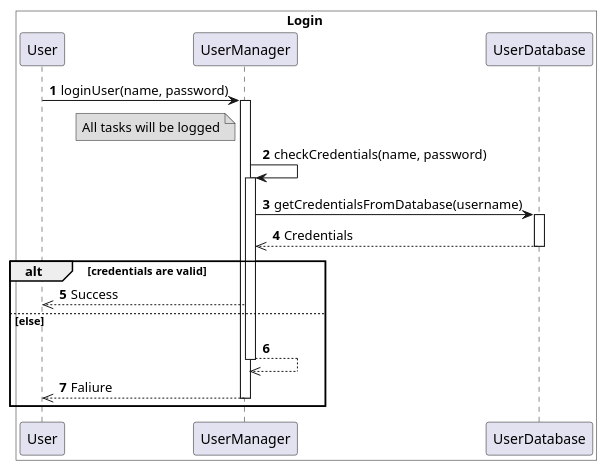
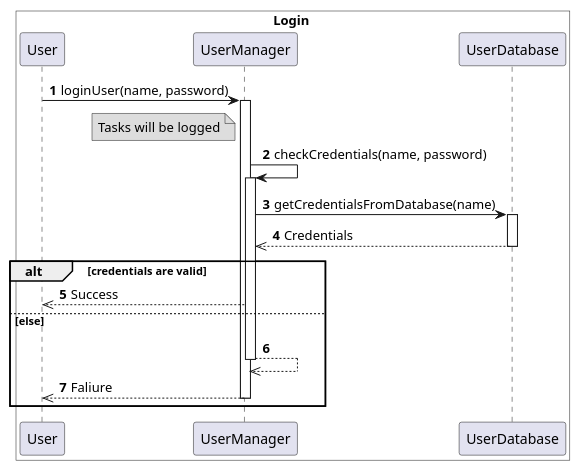
One commit to DRKV333/WannaCrySys changed the diagram in uml/login_sequence.puml. Above: the diagram before and after it, drawn with PlantUML. The commit also changed 4 other files, not shown here.

Commit message:
Added comment sequence diagram and fixed the others

```diff
--- a/uml/login_sequence.puml
+++ b/uml/login_sequence.puml
@@ -1,38 +1,38 @@
 @startuml
 box Login #FFF
 
 autonumber 1
 User -> UserManager: loginUser(name, password)
 activate UserManager
 
 note left of UserManager #DDD
-All tasks will be logged
+Tasks will be logged
 end note
 
 UserManager -> UserManager: checkCredentials(name, password)
 activate UserManager
 
-UserManager -> UserDatabase: getCredentialsFromDatabase(username)
+UserManager -> UserDatabase: getCredentialsFromDatabase(name)
 activate UserDatabase
 
 UserManager <<-- UserDatabase: Credentials
 deactivate UserDatabase
 
 
 alt credentials are valid
 
 User <<-- UserManager: Success
 else else
    UserManager -->> UserManager
    deactivate UserManager
 
 
 
    User <<-- UserManager : Faliure
 deactivate UserManager
 
 end
 
 box end
 
 @enduml 
```
